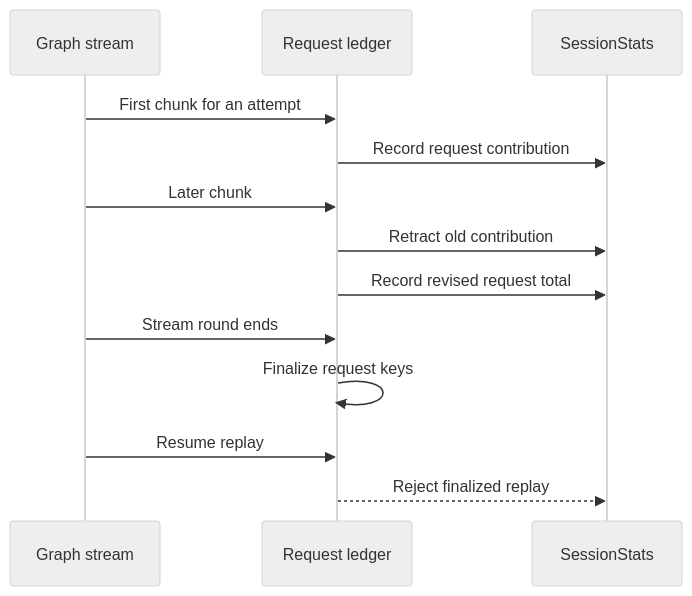
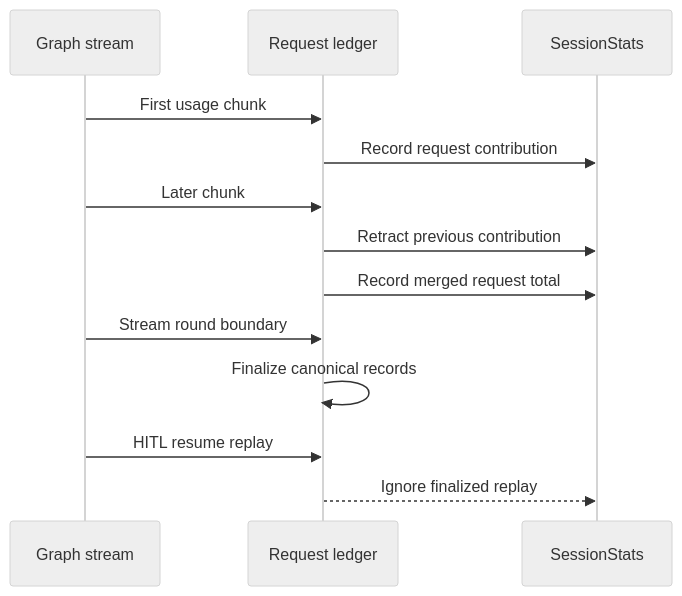
The second of 3 diagrams in openwiki/operations/cost-and-sessions.md (langchain-ai/deepagents), drawn with Mermaid (neutral theme) before and after one commit. The commit also changed other lines of this file and 34 other files, not shown here.

````diff
--- a/openwiki/operations/cost-and-sessions.md
+++ b/openwiki/operations/cost-and-sessions.md
@@ -77,15 +92,15 @@
 ```mermaid
 sequenceDiagram
     participant Stream as Graph stream
     participant Ledger as Request ledger
     participant Stats as SessionStats
-    Stream->>Ledger: First chunk for an attempt
+    Stream->>Ledger: First usage chunk
     Ledger->>Stats: Record request contribution
     Stream->>Ledger: Later chunk
-    Ledger->>Stats: Retract old contribution
-    Ledger->>Stats: Record revised request total
-    Stream->>Ledger: Stream round ends
-    Ledger->>Ledger: Finalize request keys
-    Stream->>Ledger: Resume replay
-    Ledger-->>Stats: Reject finalized replay
+    Ledger->>Stats: Retract previous contribution
+    Ledger->>Stats: Record merged request total
+    Stream->>Ledger: Stream round boundary
+    Ledger->>Ledger: Finalize canonical records
+    Stream->>Ledger: HITL resume replay
+    Ledger-->>Stats: Ignore finalized replay
 ```
````
